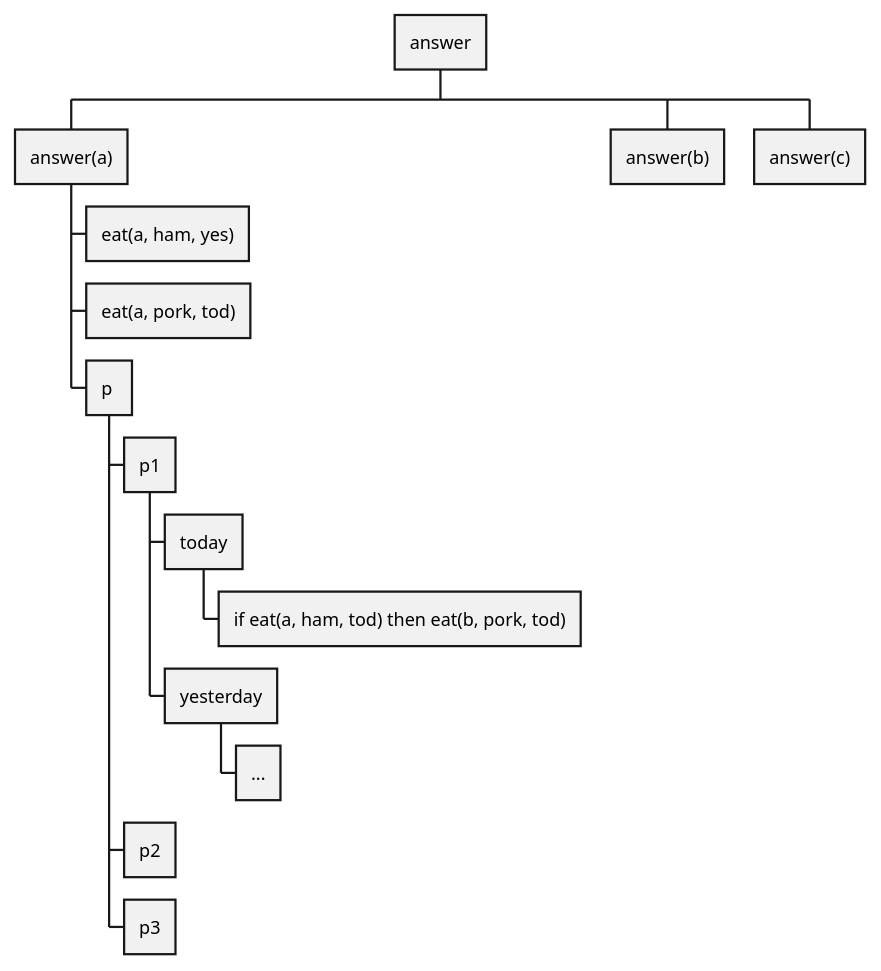
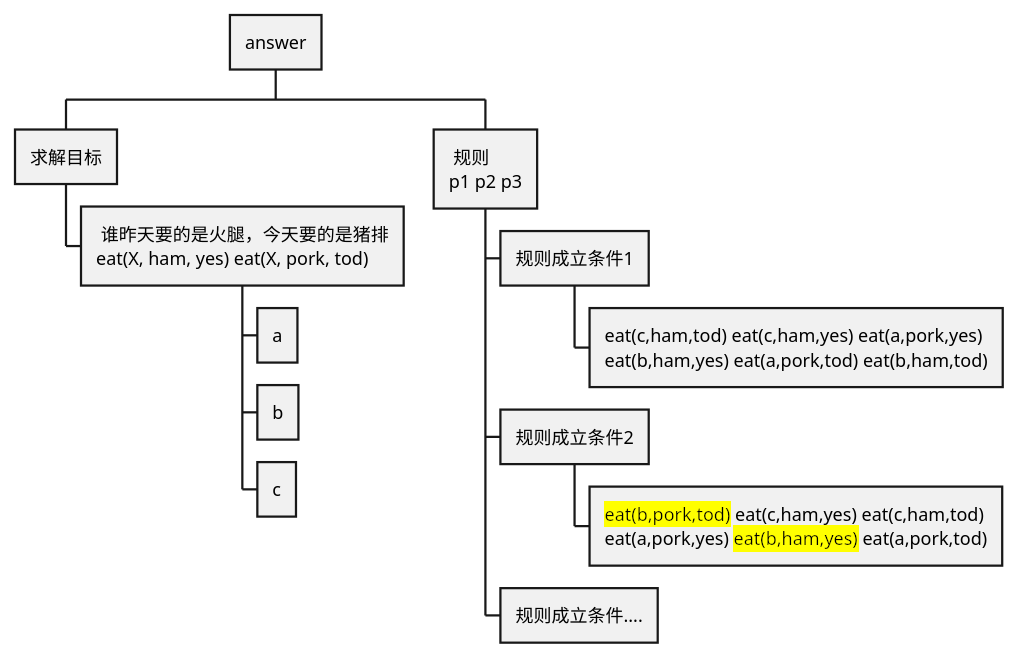
One commit to reaLJR/Logical-thinking-and-programming changed the second of 6 diagrams in platform-design/cases/case-analysis/decomposition/decomposition-cases-diagram.puml. Above: the diagram before and after it, drawn with PlantUML. The commit also changed other lines of this file and 25 other files, not shown here.

```diff
--- a/platform-design/cases/case-analysis/decomposition/decomposition-cases-diagram.puml
+++ b/platform-design/cases/case-analysis/decomposition/decomposition-cases-diagram.puml
@@ -1,29 +80,18 @@
-@startwbs chopAndHam
-' <style>
-' wbsDiagram {
-'   .notations {
-'     '   SequenceBoxBorderColor white
-'     '   BoxPadding 1
-'       BackgroundColor clear
-'       LineThickness 0
-'   }
-' }
-' </style>
-
+@startwbs chopAndHam goal and rules
 + answer
-++ answer(a)
-+++ eat(a, ham, yes)
-+++ eat(a, pork, tod)
-+++ p 
-++++ p1
-+++++ today
-++++++ if eat(a, ham, tod) then eat(b, pork, tod)
-+++++ yesterday
-++++++ ...
-++++ p2
-++++ p3
-++ answer(b)
-++ answer(c)
-
-
+++ 求解目标
++++: 谁昨天要的是火腿，今天要的是猪排 
+eat(X, ham, yes) eat(X, pork, tod);
+++++ a
+++++ b
+++++ c
+++: 规则
+p1 p2 p3;
++++ 规则成立条件1
+++++:eat(c,ham,tod) eat(c,ham,yes) eat(a,pork,yes) 
+eat(b,ham,yes) eat(a,pork,tod) eat(b,ham,tod);
++++ 规则成立条件2
+++++:<back:Yellow>eat(b,pork,tod)</back> eat(c,ham,yes) eat(c,ham,tod) 
+eat(a,pork,yes) <back:Yellow>eat(b,ham,yes)</back> eat(a,pork,tod);
++++ 规则成立条件....
 @endwbs
```
